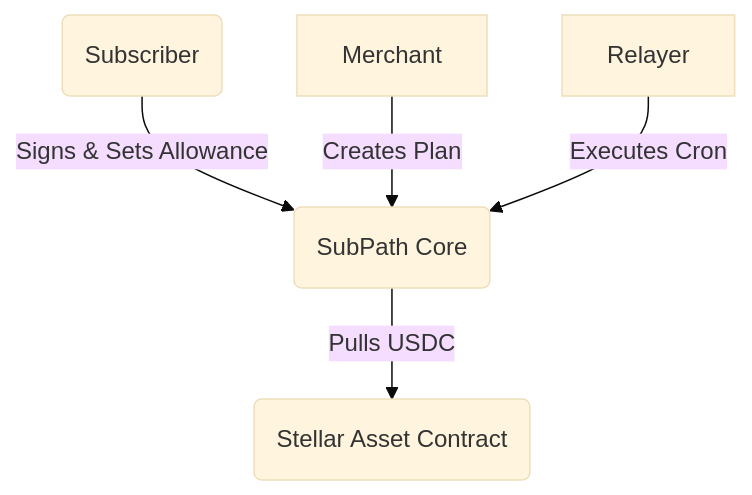
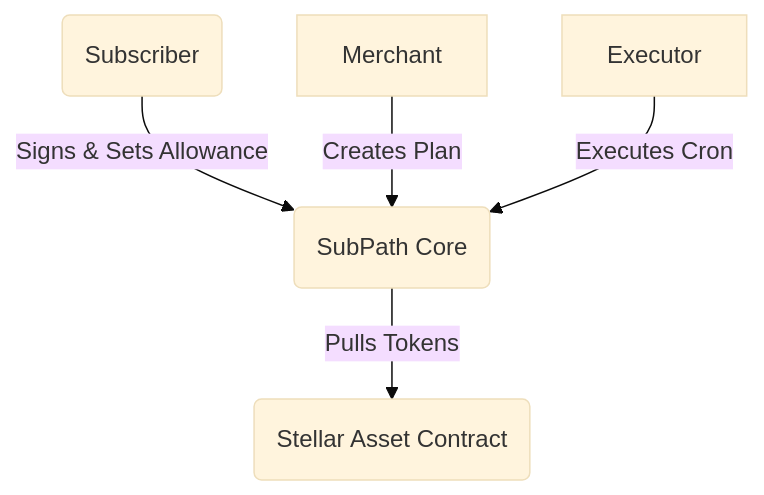
Before and after one commit to SubPath-Protocol/subpath-contract: the diagram in README.md, drawn with Mermaid (base theme). The commit also changed other lines of this file and 28 other files, not shown here.

````diff
--- a/README.md
+++ b/README.md
@@ -15,7 +15,7 @@
 ```mermaid
 graph TD
     User(Subscriber) -->|Signs & Sets Allowance| Contract(SubPath Core)
     Merchant -->|Creates Plan| Contract
-    Relayer -->|Executes Cron| Contract
-    Contract -->|Pulls USDC| Token(Stellar Asset Contract)
+    Executor -->|Executes Cron| Contract
+    Contract -->|Pulls Tokens| Token(Stellar Asset Contract)
 ```
````
